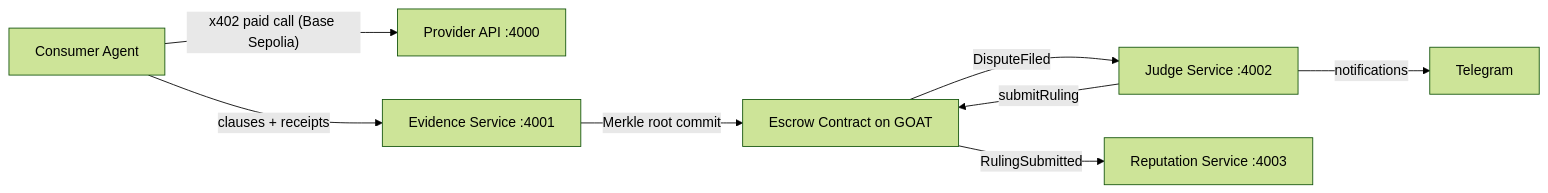
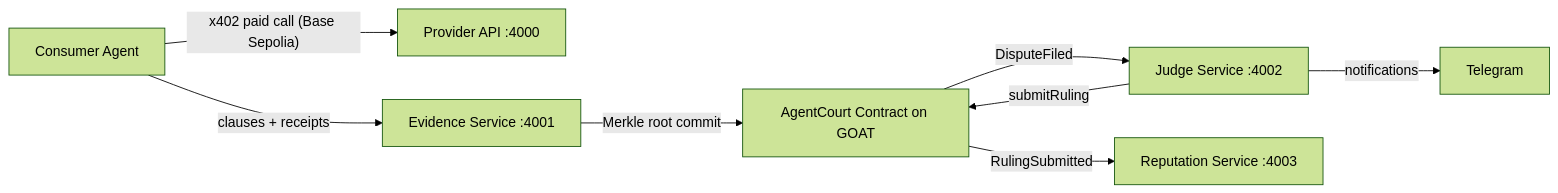
Before and after one commit to Ayush10/escrow: the diagram in README.md, drawn with Mermaid (forest theme). The commit also changed other lines of this file and 125 other files, not shown here.

````diff
--- a/README.md
+++ b/README.md
@@ -14,10 +14,10 @@
 ```mermaid
 flowchart LR
   C["Consumer Agent"] -->|"x402 paid call (Base Sepolia)"| P["Provider API :4000"]
   C -->|"clauses + receipts"| E["Evidence Service :4001"]
-  E -->|"Merkle root commit"| L1["Escrow Contract on GOAT"]
+  E -->|"Merkle root commit"| L1["AgentCourt Contract on GOAT"]
   L1 -->|"DisputeFiled"| J["Judge Service :4002"]
   J -->|"submitRuling"| L1
   L1 -->|"RulingSubmitted"| R["Reputation Service :4003"]
   J -->|"notifications"| T["Telegram"]
 ```
````
